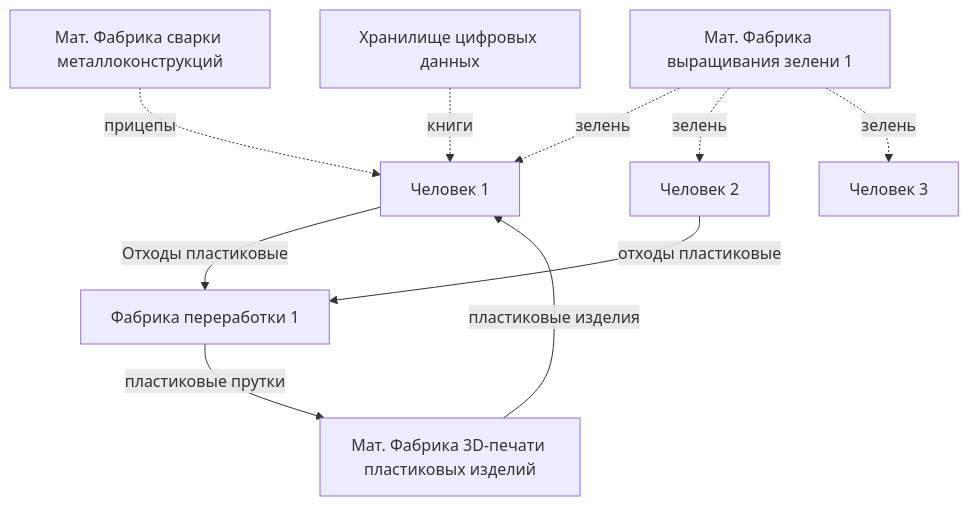
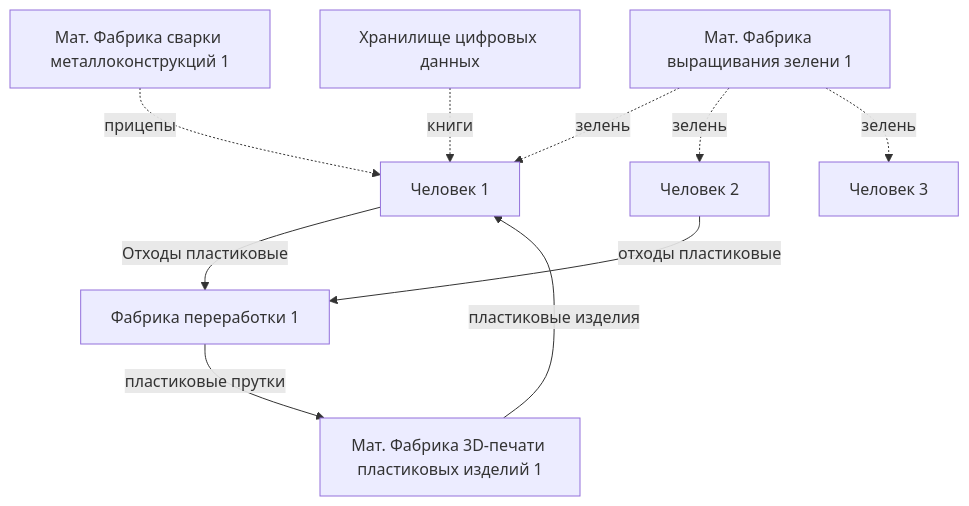
One commit to shyzik93/settlement_charter changed the diagram in ТекущийЭкономическийБазис.md. Above: the diagram before and after it, drawn with Mermaid.

````diff
--- a/ТекущийЭкономическийБазис.md
+++ b/ТекущийЭкономическийБазис.md
@@ -16,12 +16,12 @@
 ```mermaid
 flowchart TD
     A[Человек 1] --> |Отходы пластиковые|B[Фабрика переработки 1]
     C[Мат. Фабрика выращивания зелени 1] -.-> |зелень|A
     C -.-> |зелень|F[Человек 2]
     C -.-> |зелень|E[Человек 3]
-    D[Мат. Фабрика сварки металлоконструкций] -.-> |прицепы|A
+    D[Мат. Фабрика сварки металлоконструкций 1] -.-> |прицепы|A
     G[Хранилище цифровых данных] -.-> |книги|A
     F --> |отходы пластиковые|B
-    H[Мат. Фабрика 3D-печати пластиковых изделий] --> |пластиковые изделия|A
+    H[Мат. Фабрика 3D-печати пластиковых изделий 1] --> |пластиковые изделия|A
     B --> |пластиковые прутки|H
 ```
````
